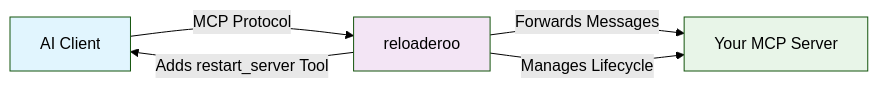
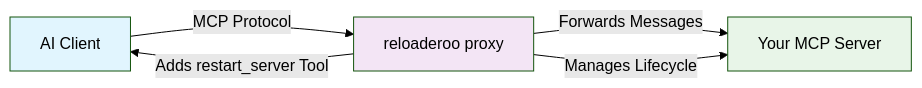
One commit to fink-andreas/reloaderoo changed the first of 2 diagrams in README.md. Above: the diagram before and after it, drawn with Mermaid (forest theme). The commit also changed other lines of this file and 32 other files, not shown here.

````diff
--- a/README.md
+++ b/README.md
@@ -169,11 +288,11 @@
 ```mermaid
 graph LR
-    A[AI Client] -->|MCP Protocol| B[reloaderoo]
+    A[AI Client] -->|MCP Protocol| B[reloaderoo proxy]
     B -->|Forwards Messages| C[Your MCP Server]
     B -->|Manages Lifecycle| C
     B -->|Adds restart_server Tool| A
     
     style A fill:#e1f5fe
     style B fill:#f3e5f5  
     style C fill:#e8f5e8
 ```
````
